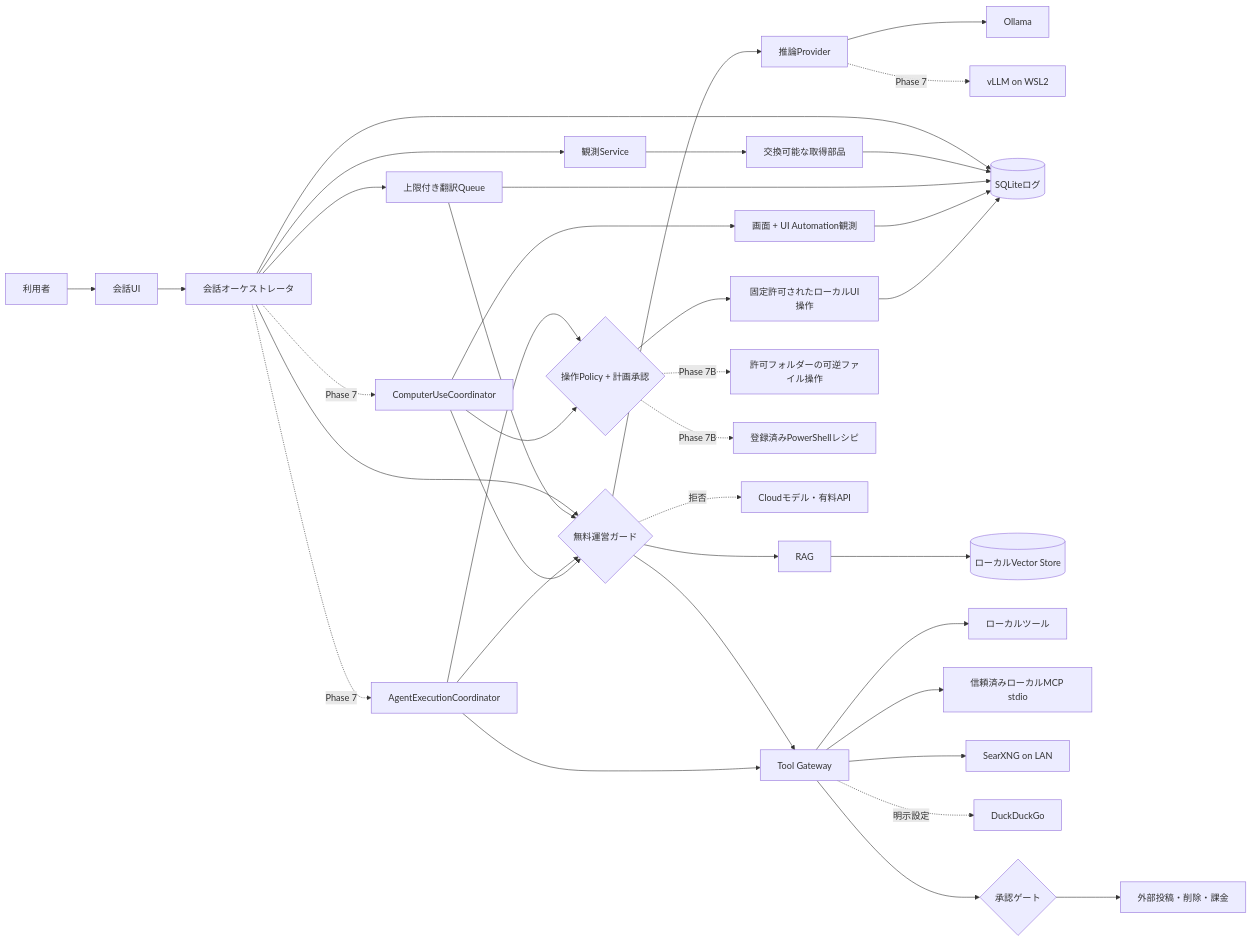
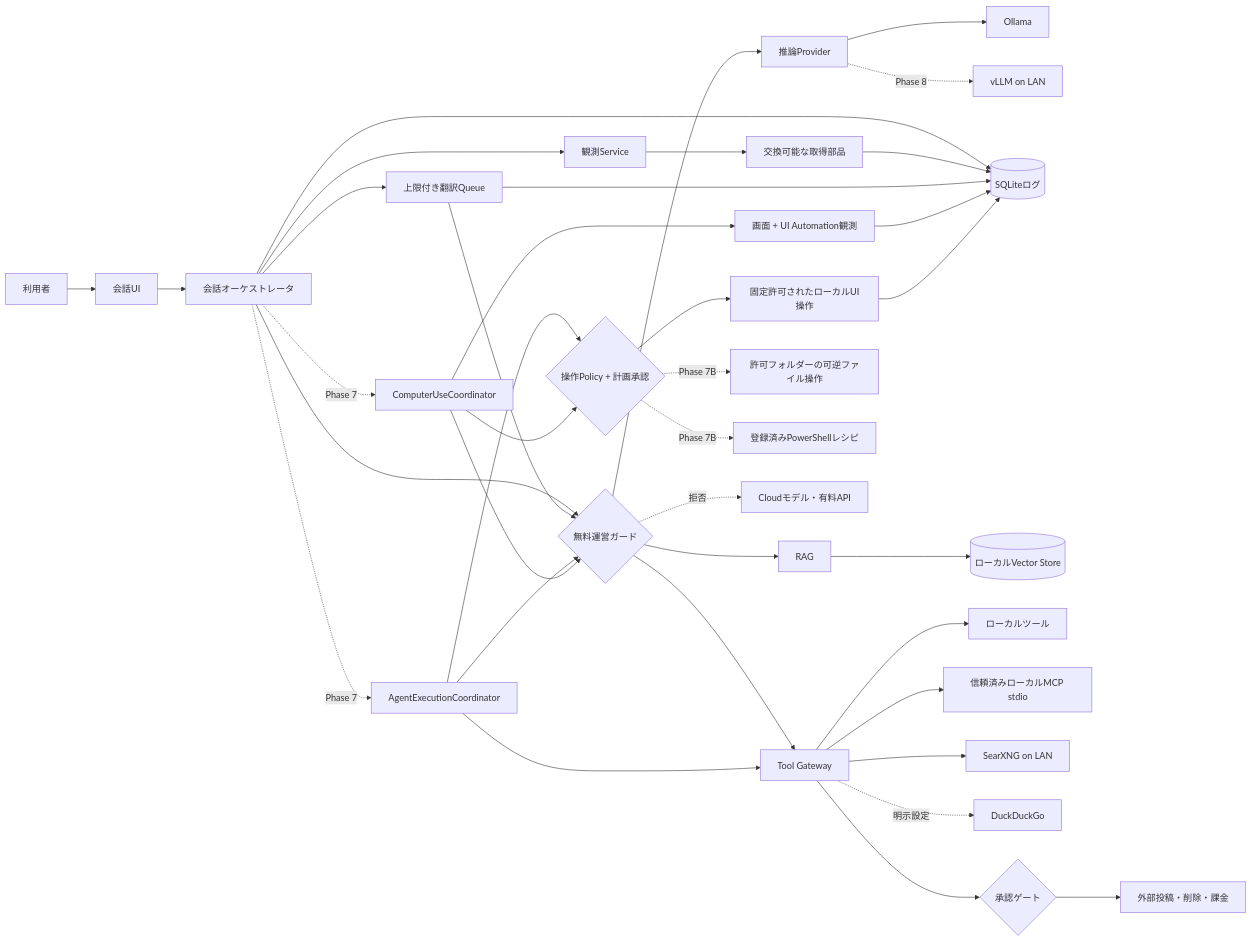
One commit to mama-116/local-ai-workbench-starter changed the diagram in docs/ARCHITECTURE.md. Above: the diagram before and after it, drawn with Mermaid. The commit also changed other lines of this file and 18 other files, not shown here.

First line of the commit message:
feat: add authenticated LAN vLLM provider (#61)

````diff
--- a/docs/ARCHITECTURE.md
+++ b/docs/ARCHITECTURE.md
@@ -7,39 +7,39 @@
 ```mermaid
 flowchart LR
     U[利用者] --> UI[会話UI]
     UI --> O[会話オーケストレータ]
     O --> F{無料運営ガード}
     F --> P[推論Provider]
     P --> OL[Ollama]
-    P -. Phase 7 .-> VL[vLLM on WSL2]
+    P -. Phase 8 .-> VL[vLLM on LAN]
     O --> DB[(SQLiteログ)]
     O --> M[観測Service]
     M --> COL[交換可能な取得部品]
     COL --> DB
     O --> Q[上限付き翻訳Queue]
     Q --> F
     Q --> DB
     F --> R[RAG]
     R --> V[(ローカルVector Store)]
     F --> T[Tool Gateway]
     T --> L[ローカルツール]
     T --> MCP[信頼済みローカルMCP stdio]
     T --> S[SearXNG on LAN]
     T -. 明示設定 .-> D[DuckDuckGo]
     T --> A{承認ゲート}
     A --> X[外部投稿・削除・課金]
     O -. Phase 7 .-> CU[ComputerUseCoordinator]
     O -. Phase 7 .-> AE[AgentExecutionCoordinator]
     AE --> F
     AE --> T
     AE --> CAP
     CU --> F
     CU --> OBS[画面 + UI Automation観測]
     CU --> CAP{操作Policy + 計画承認}
     CAP --> ACT[固定許可されたローカルUI操作]
     CAP -. Phase 7B .-> FOP[許可フォルダーの可逆ファイル操作]
     CAP -. Phase 7B .-> PSP[登録済みPowerShellレシピ]
     OBS --> DB
     ACT --> DB
     F -. 拒否 .-> CLD[Cloudモデル・有料API]
 ```
````
